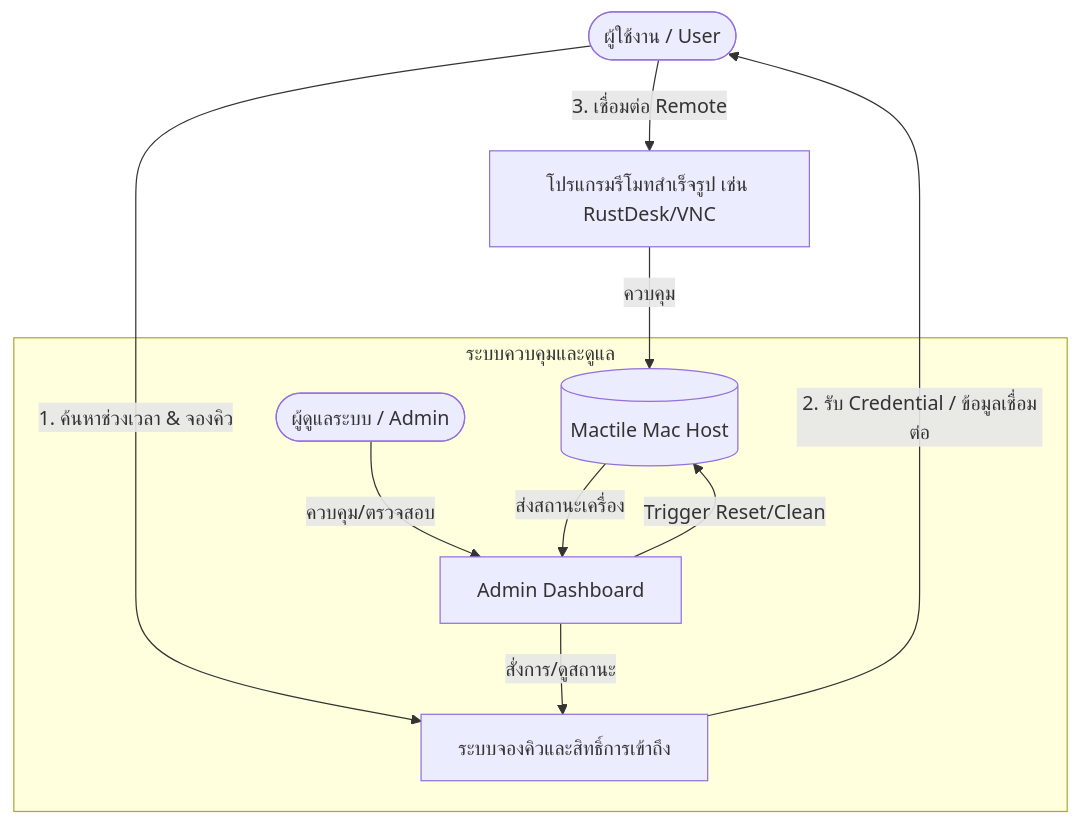
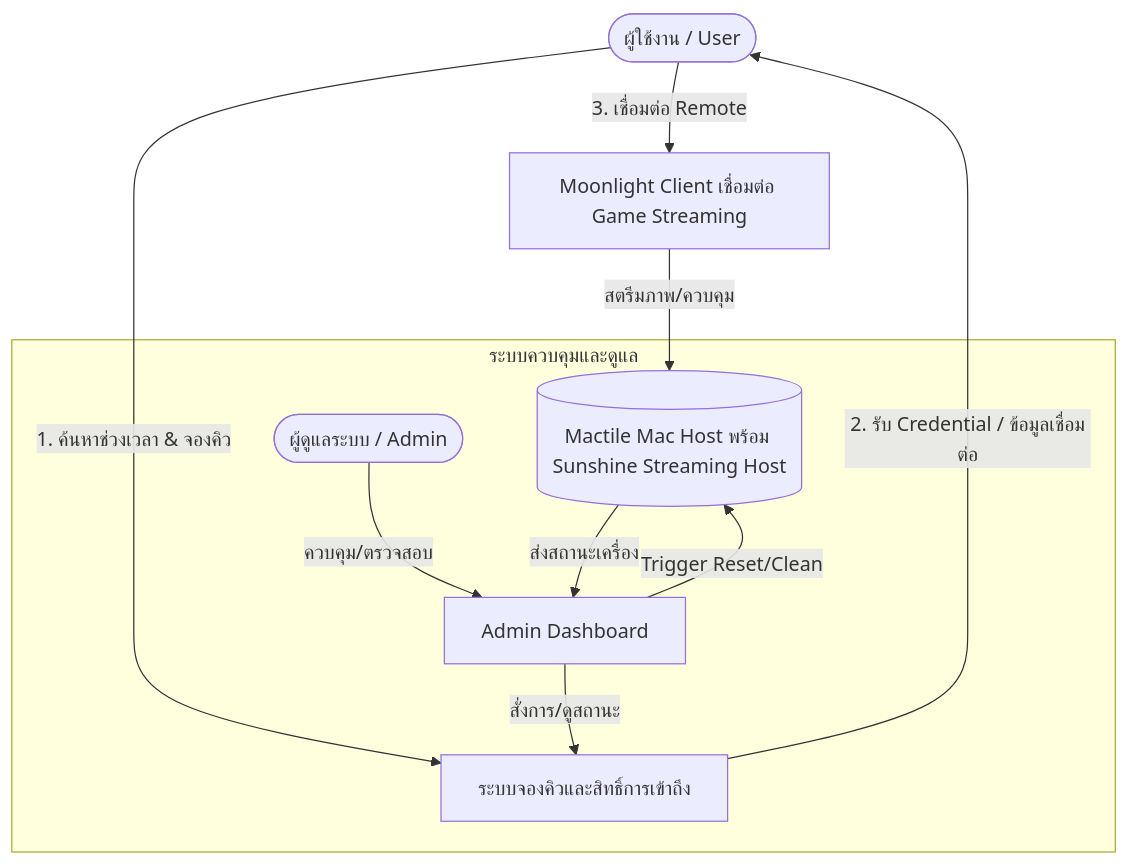
The diagram in docs/project_charter.md (Sc4ll0pS/LAB-DOC), drawn with Mermaid before and after one commit. The commit also changed other lines of this file and 3 other files, not shown here.

````diff
--- a/docs/project_charter.md
+++ b/docs/project_charter.md
@@ -31,14 +31,14 @@
 ```mermaid
 flowchart TD
     User([ผู้ใช้งาน / User]) -->|1. ค้นหาช่วงเวลา & จองคิว| Booking[ระบบจองคิวและสิทธิ์การเข้าถึง]
     Booking -->|2. รับ Credential / ข้อมูลเชื่อมต่อ| User
-    User -->|3. เชื่อมต่อ Remote| RemoteClient[โปรแกรมรีโมทสำเร็จรูป เช่น RustDesk/VNC]
-    RemoteClient -->|ควบคุม| MacHost[(Mactile Mac Host)]
+    User -->|3. เชื่อมต่อ Remote| RemoteClient[Moonlight Client เชื่อมต่อ Game Streaming]
+    RemoteClient -->|สตรีมภาพ/ควบคุม| MacHost[(Mactile Mac Host พร้อม Sunshine Streaming Host)]
     
     subgraph System & Admin [ระบบควบคุมและดูแล]
         Admin([ผู้ดูแลระบบ / Admin]) -->|ควบคุม/ตรวจสอบ| Dashboard[Admin Dashboard]
         Dashboard -->|สั่งการ/ดูสถานะ| Booking
         Dashboard -->|Trigger Reset/Clean| MacHost
         MacHost -->|ส่งสถานะเครื่อง| Dashboard
     end
 ```
````
